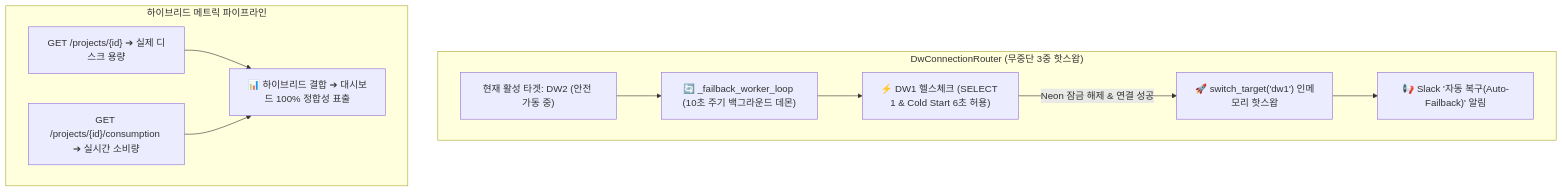
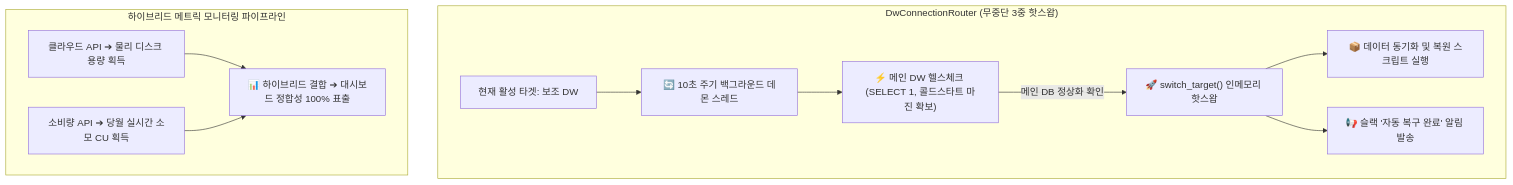
One commit to daniel-dataflow/daniel-dataflow.github.io changed the diagram in content/posts/picksafe/2026-09-01-Multi-DW-자동-복구-Auto-Failback-및-글로벌-리셋-타임존-동기화-아키텍처.md. Above: the diagram before and after it, drawn with Mermaid. The commit also changed other lines of this file and 64 other files, not shown here.

````diff
--- a/content/posts/picksafe/2026-09-01-Multi-DW-자동-복구-Auto-Failback-및-글로벌-리셋-타임존-동기화-아키텍처.md
+++ b/content/posts/picksafe/2026-09-01-Multi-DW-자동-복구-Auto-Failback-및-글로벌-리셋-타임존-동기화-아키텍처.md
@@ -55,23 +59,25 @@
 ```mermaid
 flowchart TD
     subgraph DW_Router ["DwConnectionRouter (무중단 3중 핫스왑)"]
-        ACTIVE["현재 활성 타겟: DW2 (안전 가동 중)"]
-        WORKER["🔄 _failback_worker_loop (10초 주기 백그라운드 데몬)"]
-        PING["⚡ DW1 헬스체크 (SELECT 1 & Cold Start 6초 허용)"]
-        SWAP["🚀 switch_target('dw1') 인메모리 핫스왑"]
-        SLACK["📢 Slack '자동 복구(Auto-Failback)' 알림"]
+        ACTIVE["현재 활성 타겟: 보조 DW"]
+        WORKER["🔄 10초 주기 백그라운드 데몬 스레드"]
+        PING["⚡ 메인 DW 헬스체크 (SELECT 1, 콜드스타트 마진 확보)"]
+        SWAP["🚀 switch_target() 인메모리 핫스왑"]
+        RESTORE["📦 데이터 동기화 및 복원 스크립트 실행"]
+        SLACK["📢 슬랙 '자동 복구 완료' 알림 발송"]
     end
 
-    subgraph Metrics_Pipeline ["하이브리드 메트릭 파이프라인"]
-        M1["GET /projects/{id} ➔ 실제 디스크 용량"]
-        M2["GET /projects/{id}/consumption ➔ 실시간 소비량"]
-        M_COMBINE["📊 하이브리드 결합 ➔ 대시보드 100% 정합성 표출"]
+    subgraph Metrics_Pipeline ["하이브리드 메트릭 모니터링 파이프라인"]
+        M1["클라우드 API ➔ 물리 디스크 용량 획득"]
+        M2["소비량 API ➔ 당월 실시간 소모 CU 획득"]
+        M_COMBINE["📊 하이브리드 결합 ➔ 대시보드 정합성 100% 표출"]
     end
 
     ACTIVE --> WORKER
     WORKER --> PING
-    PING -->|Neon 잠금 해제 & 연결 성공| SWAP
+    PING -->|메인 DB 정상화 확인| SWAP
+    SWAP --> RESTORE
     SWAP --> SLACK
     M1 --> M_COMBINE
     M2 --> M_COMBINE
 ```
````
